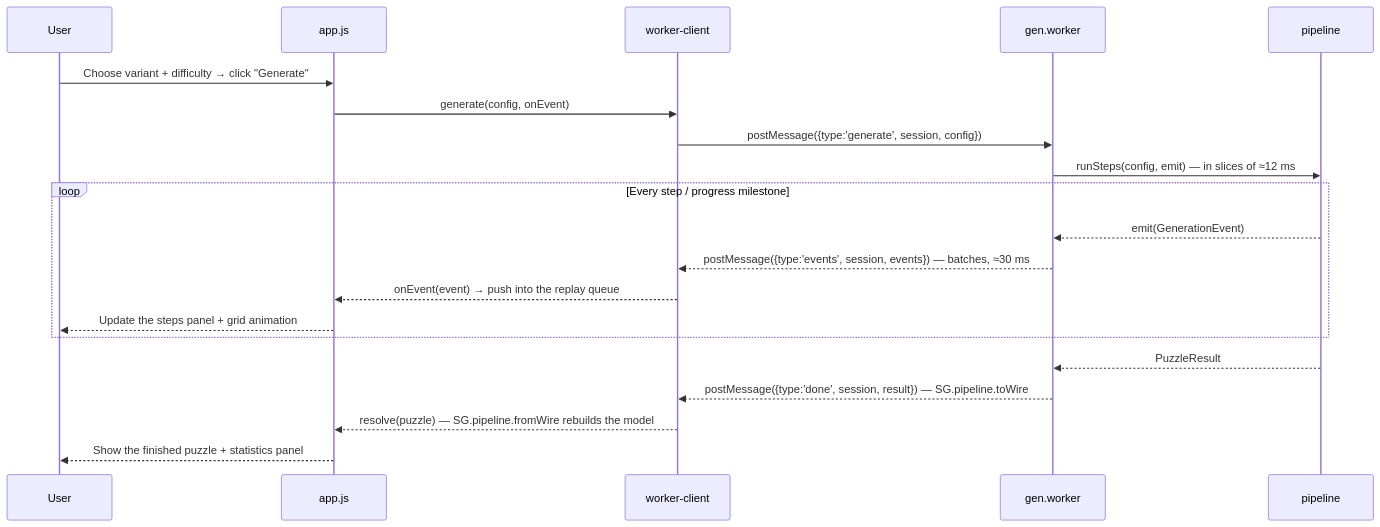
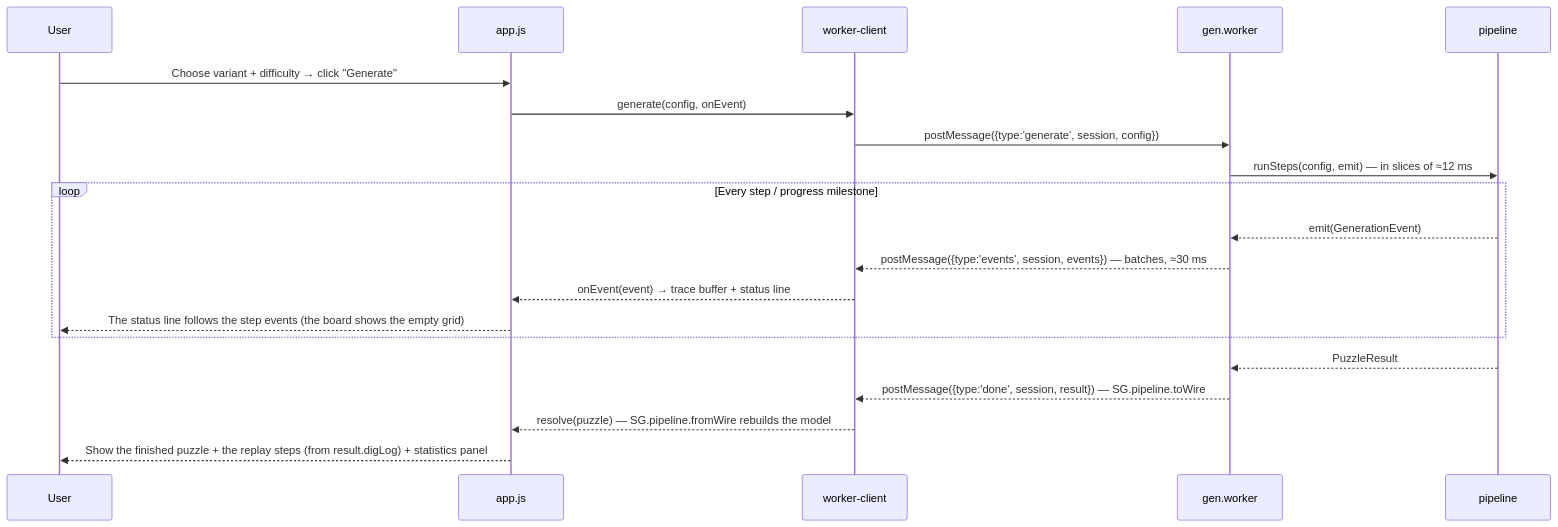
The diagram in generator/design.md (tdat00/sudoku), drawn with Mermaid before and after one commit. The commit also changed other lines of this file and 39 other files, not shown here.

````diff
--- a/generator/design.md
+++ b/generator/design.md
@@ -148,22 +148,22 @@
 ```mermaid
 sequenceDiagram
     participant U as User
     participant UI as app.js
     participant WC as worker-client
     participant W as gen.worker
     participant P as pipeline
     U->>UI: Choose variant + difficulty → click "Generate"
     UI->>WC: generate(config, onEvent)
     WC->>W: postMessage({type:'generate', session, config})
     W->>P: runSteps(config, emit) — in slices of ≈12 ms
     loop Every step / progress milestone
         P-->>W: emit(GenerationEvent)
         W-->>WC: postMessage({type:'events', session, events})  — batches, ≈30 ms
-        WC-->>UI: onEvent(event)  → push into the replay queue
-        UI-->>U: Update the steps panel + grid animation
+        WC-->>UI: onEvent(event)  → trace buffer + status line
+        UI-->>U: The status line follows the step events (the board shows the empty grid)
     end
     P-->>W: PuzzleResult
     W-->>WC: postMessage({type:'done', session, result})  — SG.pipeline.toWire
     WC-->>UI: resolve(puzzle)  — SG.pipeline.fromWire rebuilds the model
-    UI-->>U: Show the finished puzzle + statistics panel
+    UI-->>U: Show the finished puzzle + the replay steps (from result.digLog) + statistics panel
 ```
````
